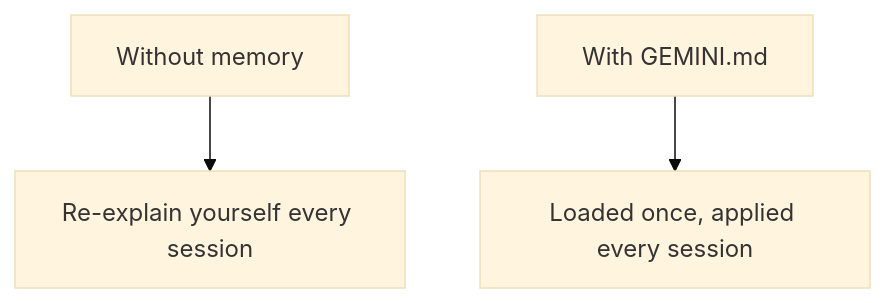
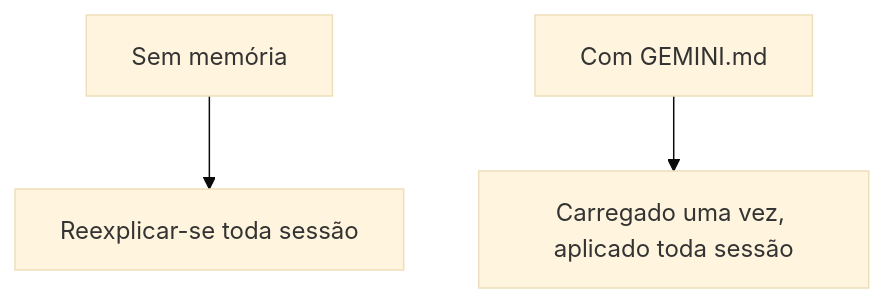
Before and after one commit to KakkoiDev/izumo-io: the diagram in content/ai/a05.pt.md, drawn with Mermaid (base theme). The commit also changed 47 other files, not shown here.

First line of the commit message:
Translate mermaid diagram labels to JA + PT in AI lessons

````diff
--- a/content/ai/a05.pt.md
+++ b/content/ai/a05.pt.md
@@ -19,5 +19,5 @@
 ```mermaid
 flowchart TD
-    A[Without memory] --> B[Re-explain yourself every session]
-    C[With GEMINI.md] --> D[Loaded once, applied every session]
+    A[Sem memória] --> B[Reexplicar-se toda sessão]
+    C[Com GEMINI.md] --> D[Carregado uma vez, aplicado toda sessão]
 ```
````
